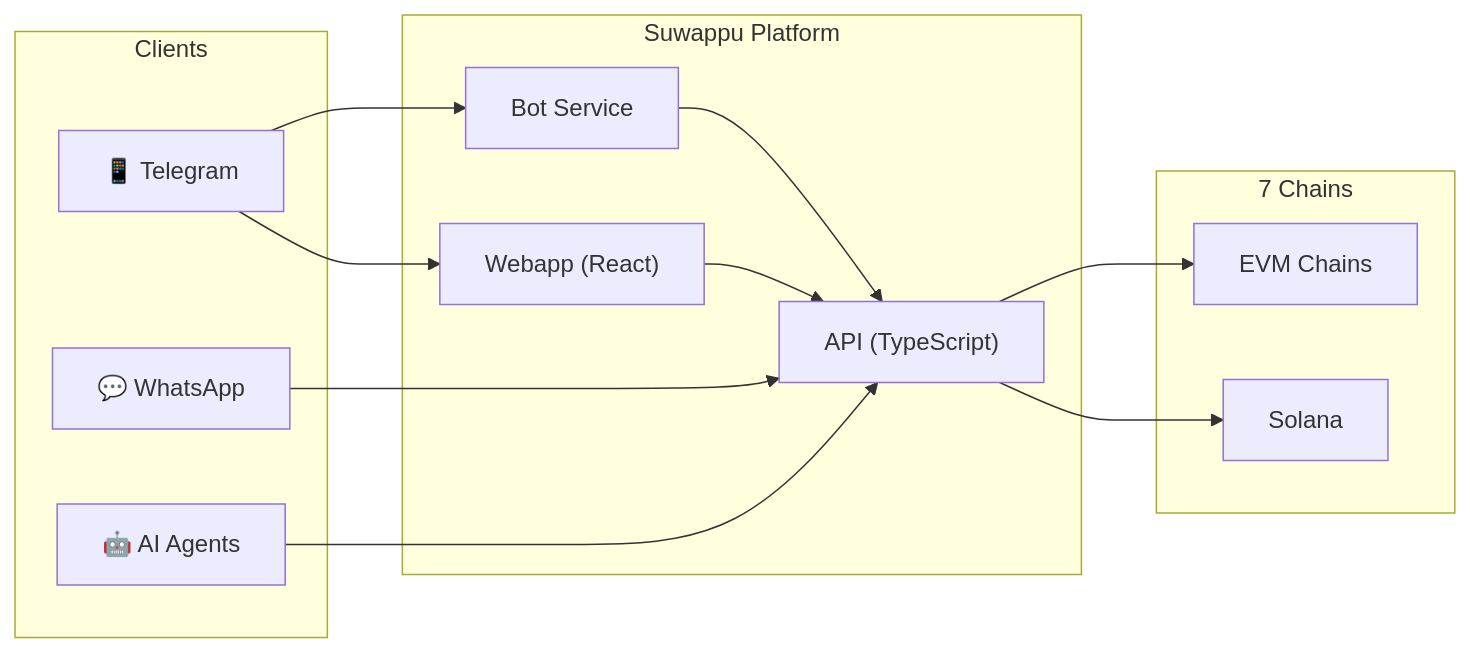
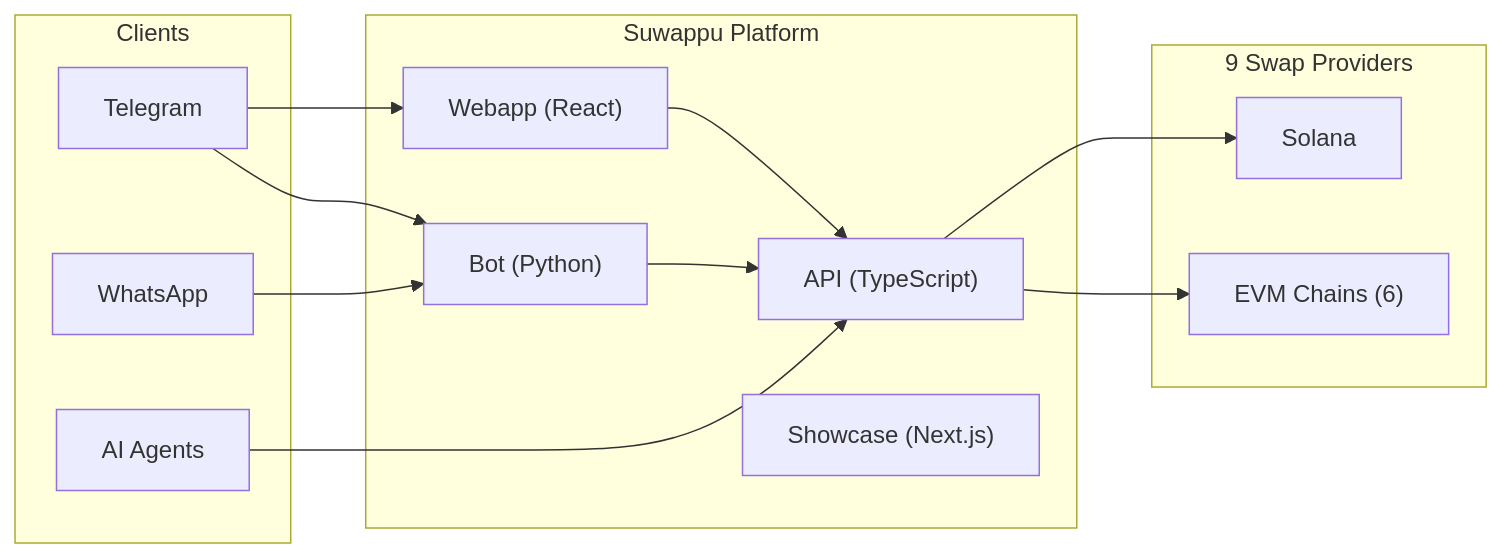
One commit to 0xSoftBoi/suwappubot changed the first of 7 diagrams in README.md. Above: the diagram before and after it, drawn with Mermaid. The commit also changed other lines of this file, not shown here.

First line of the commit message:
docs: overhaul README with accurate architecture diagrams

````diff
--- a/README.md
+++ b/README.md
@@ -10,25 +10,27 @@
 ```mermaid
 flowchart LR
     subgraph Clients["Clients"]
-        TG["📱 Telegram"]
-        WA["💬 WhatsApp"]
-        AI["🤖 AI Agents"]
+        TG["Telegram"]
+        WA["WhatsApp"]
+        AI["AI Agents"]
     end
 
     subgraph Suwappu["Suwappu Platform"]
-        Bot["Bot Service"]
+        Bot["Bot (Python)"]
         API["API (TypeScript)"]
         Web["Webapp (React)"]
+        SC["Showcase (Next.js)"]
     end
 
-    subgraph Chains["7 Chains"]
-        EVM["EVM Chains"]
+    subgraph Providers["9 Swap Providers"]
+        EVM["EVM Chains (6)"]
         SOL["Solana"]
     end
 
-    TG --> Bot --> API
-    TG --> Web --> API
-    WA --> API
+    TG --> Bot & Web
+    WA --> Bot
     AI --> API
+    Bot --> API
+    Web --> API
     API --> EVM & SOL
 ```
````
